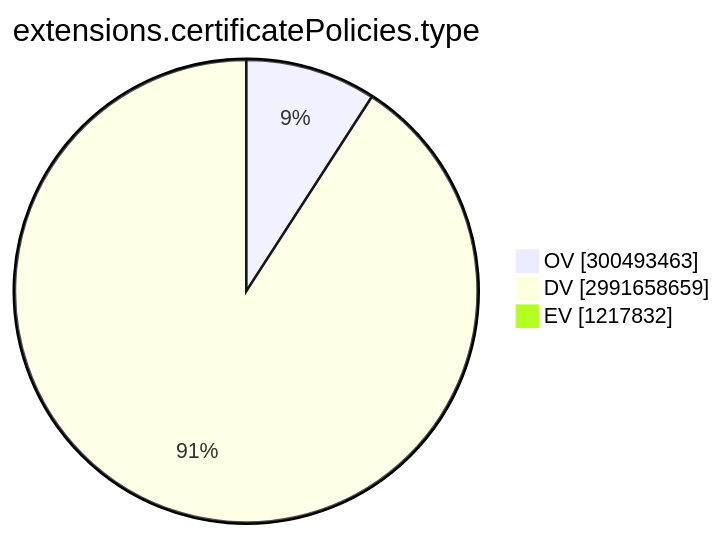
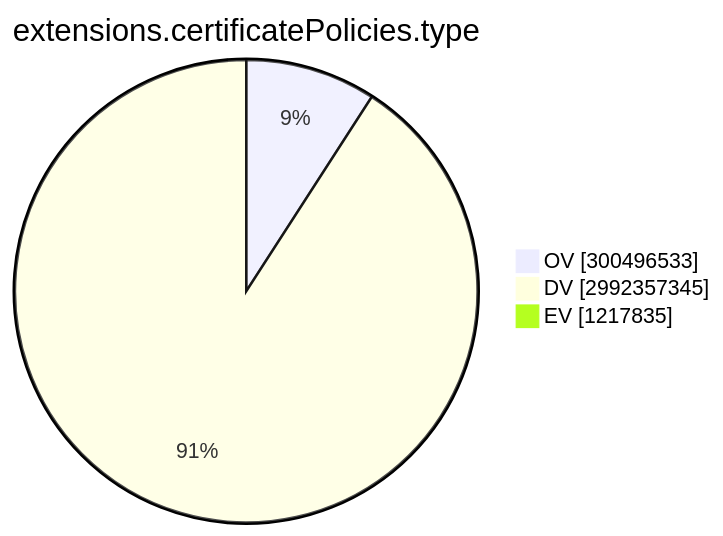
One commit to christiankrug/ctmonitor_visualization changed the ninth of 15 diagrams in TOTAL/README.md. Above: the diagram before and after it, drawn with Mermaid. The commit also changed other lines of this file, not shown here.

````diff
--- a/TOTAL/README.md
+++ b/TOTAL/README.md
@@ -3102,7 +3102,7 @@
 ```mermaid
 pie showData
 title extensions.certificatePolicies.type
-"OV" :300493463
-"DV" :2991658659
-"EV" :1217832
+"OV" :300496533
+"DV" :2992357345
+"EV" :1217835
 ```
````
